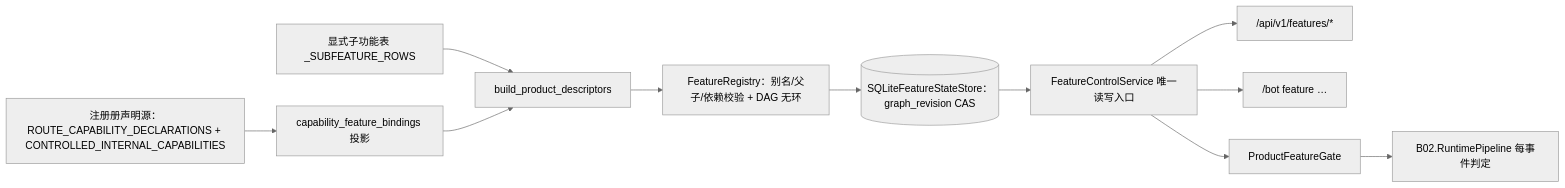
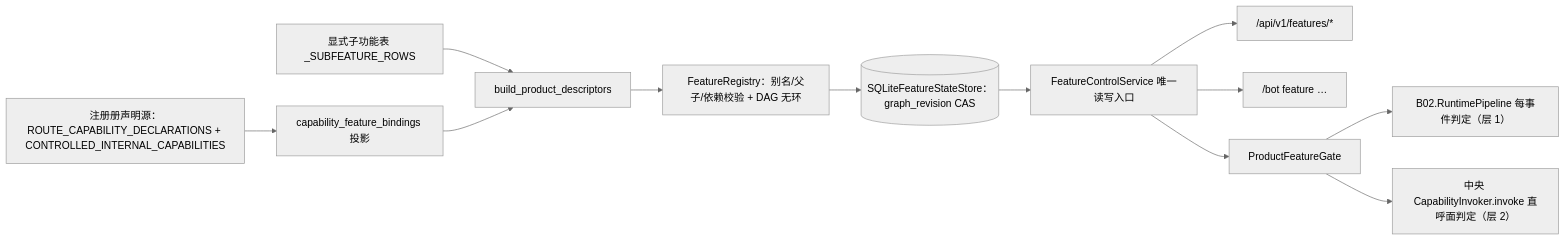
Before and after one commit to LancyCelestia/WuWa-Character-Bots: the diagram in docs/boards/B09-control-plane-observability/feature-switches/README.md, drawn with Mermaid (neutral theme). The commit also changed other lines of this file and 121 other files, not shown here.

````diff
--- a/docs/boards/B09-control-plane-observability/feature-switches/README.md
+++ b/docs/boards/B09-control-plane-observability/feature-switches/README.md
@@ -34,13 +34,14 @@
 ```mermaid
 flowchart LR
   decl["注册册声明源：ROUTE_CAPABILITY_DECLARATIONS + CONTROLLED_INTERNAL_CAPABILITIES"] --> proj[capability_feature_bindings 投影]
   sub["显式子功能表 _SUBFEATURE_ROWS"] --> tree[build_product_descriptors]
   proj --> tree
   tree --> reg["FeatureRegistry：别名/父子/依赖校验 + DAG 无环"]
   reg --> store[("SQLiteFeatureStateStore：graph_revision CAS")]
   store --> svc[FeatureControlService 唯一读写入口]
   svc --> api["/api/v1/features/*"]
   svc --> cmd["/bot feature …"]
   svc --> gate[ProductFeatureGate]
-  gate --> pipe[B02.RuntimePipeline 每事件判定]
+  gate --> pipe[B02.RuntimePipeline 每事件判定（层 1）]
+  gate --> invoker[中央 CapabilityInvoker.invoke 直呼面判定（层 2）]
 ```
````
